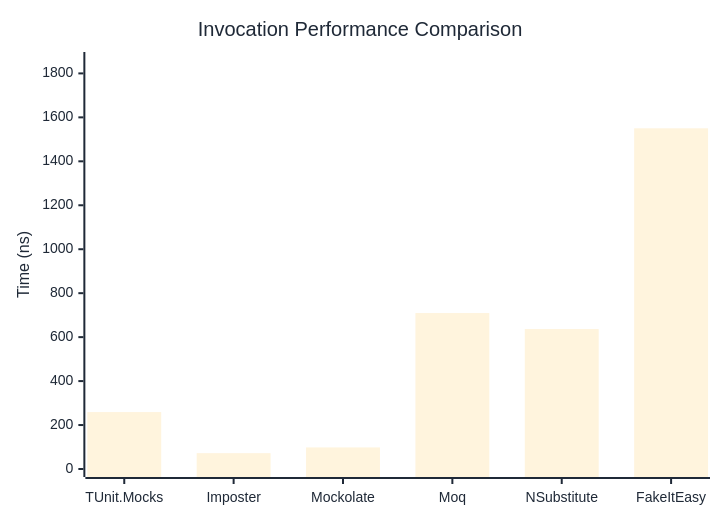
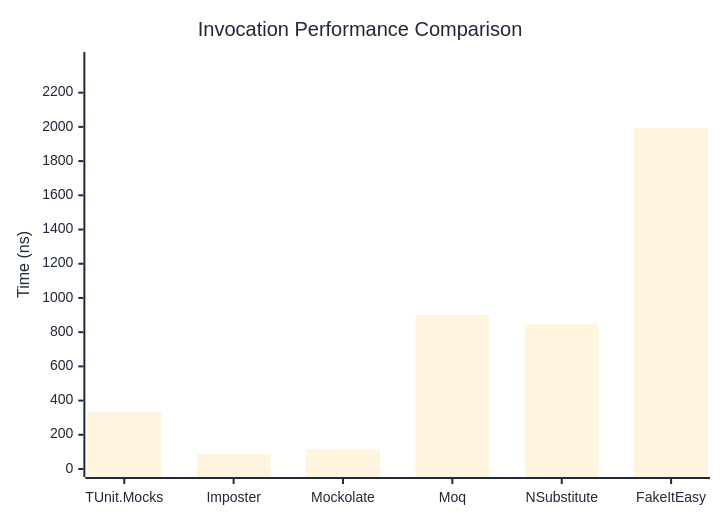
Before and after one commit to thomhurst/TUnit: the first of 3 diagrams in docs/docs/benchmarks/mocks/Invocation.md, drawn with Mermaid. The commit also changed other lines of this file and 14 other files, not shown here.

````diff
--- a/docs/docs/benchmarks/mocks/Invocation.md
+++ b/docs/docs/benchmarks/mocks/Invocation.md
@@ -30,27 +30,27 @@
 ```mermaid
 %%{init: {
   'theme':'base',
   'themeVariables': {
     'primaryColor': '#2563eb',
     'primaryTextColor': '#1f2937',
     'primaryBorderColor': '#1e40af',
     'lineColor': '#6b7280',
     'secondaryColor': '#7c3aed',
     'tertiaryColor': '#dc2626',
     'background': '#ffffff',
     'pie1': '#2563eb',
     'pie2': '#7c3aed',
     'pie3': '#dc2626',
     'pie4': '#f59e0b',
     'pie5': '#10b981',
     'pie6': '#06b6d4',
     'pie7': '#ec4899',
     'pie8': '#6366f1'
   }
 }}%%
 xychart-beta
   title "Invocation Performance Comparison"
   x-axis ["TUnit.Mocks", "Imposter", "Mockolate", "Moq", "NSubstitute", "FakeItEasy"]
-  y-axis "Time (ns)" 0 --> 1861
-  bar [259.08, 72.04, 98.18, 709.61, 636.83, 1550.17]
+  y-axis "Time (ns)" 0 --> 2391
+  bar [331.57, 86.76, 116.39, 900.01, 843.79, 1991.85]
 ```
````
